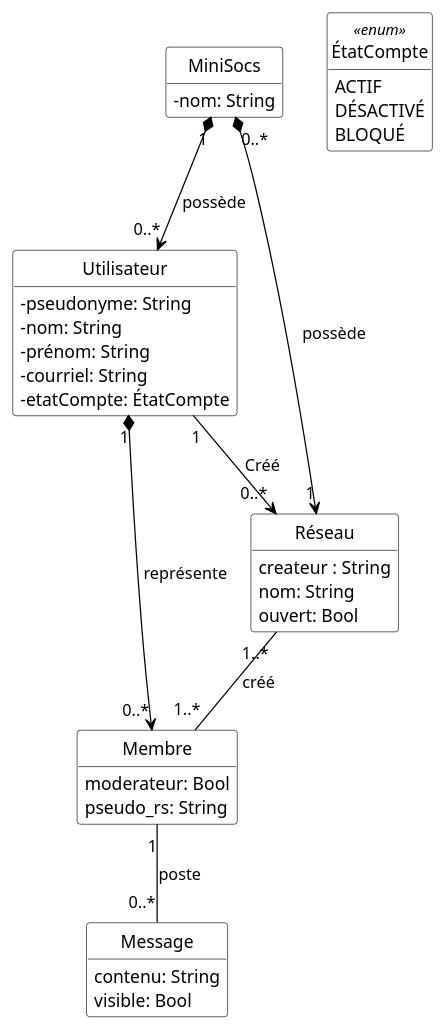
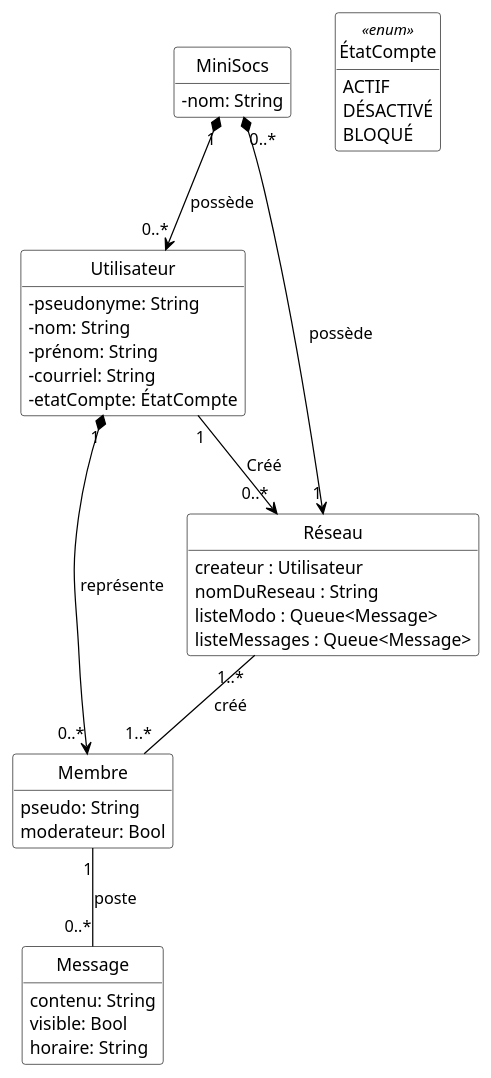
One commit to HugoKD/MiniSoc changed the diagram in Diagrammes/minisocs_uml_diag_classes_sans_notif.pu. Above: the diagram before and after it, drawn with PlantUML. The commit also changed 14 other files, not shown here.

```diff
--- a/Diagrammes/minisocs_uml_diag_classes_sans_notif.pu
+++ b/Diagrammes/minisocs_uml_diag_classes_sans_notif.pu
@@ -1,59 +1,63 @@
 @startuml
 
 'Diagramme de classes (PlantUML)'
 
 'Configuration charte graphique'
 hide empty methods
 hide circle
 skinparam class {
   BackgroundColor White
   ArrowColor Black
   BorderColor Black
   AttributeIconSize 0
 }
 
 'Classes, énumérations, etc.'
 class MiniSocs {
   - nom: String
 }
 class Utilisateur {
   - pseudonyme: String
   - nom: String
   - prénom: String
   - courriel: String
   - etatCompte: ÉtatCompte
 }
 enum ÉtatCompte <<enum>> {
   ACTIF
   DÉSACTIVÉ
   BLOQUÉ
 }
+
 class Réseau {
-  createur : String 
-  nom: String
-  ouvert: Bool
+  createur : Utilisateur 
+  nomDuReseau : String
+  listeModo : Queue<Message>
+  listeMessages : Queue<Message>
 }
 
 class Membre {
+  pseudo: String
   moderateur: Bool
-  pseudo_rs: String
 }
+
 class Message {
   contenu: String
   visible: Bool
+  horaire: String
 }
 
 'Associations, etc.'
 MiniSocs "1" *--> "0..*" Utilisateur : possède
 MiniSocs "0..*" *--> "1" Réseau : possède
 
 Réseau "1..*" -- "1..*" Membre: créé
 
 Membre "1" -- "0..*" Message: poste
 
 Utilisateur "1" --> "0..*" Réseau: Créé
 Utilisateur "1" *--> "0..*" Membre: représente
 
 'Au besoin, aides pour le positionnement'
 
 @enduml
```
